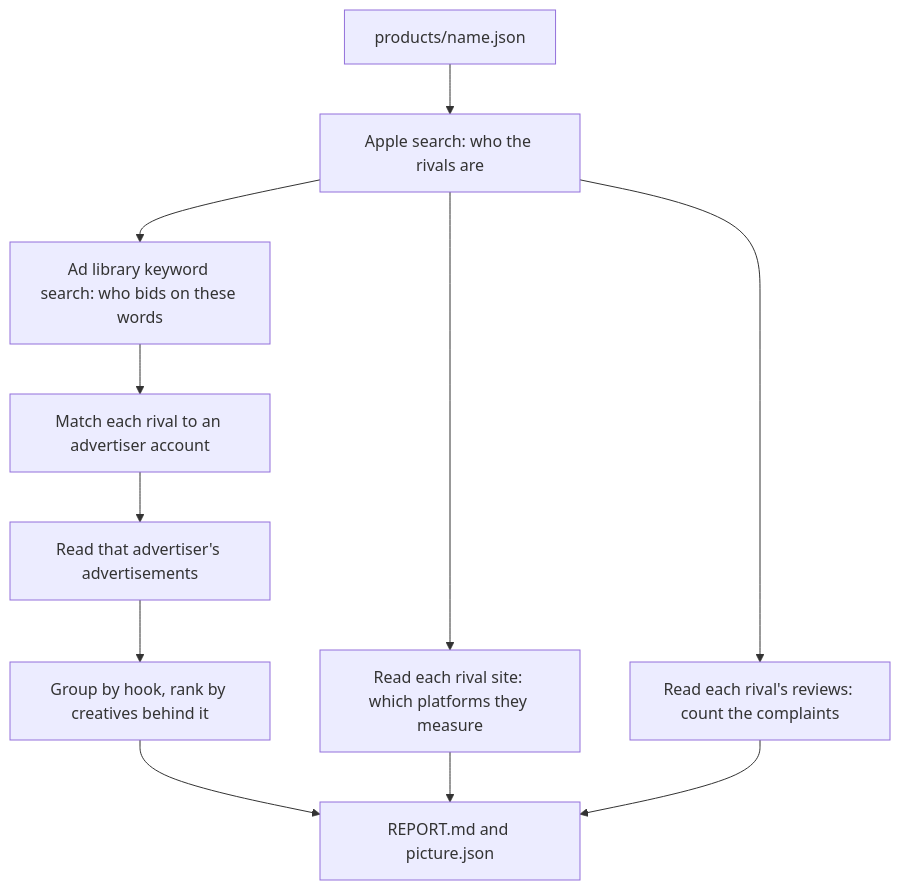
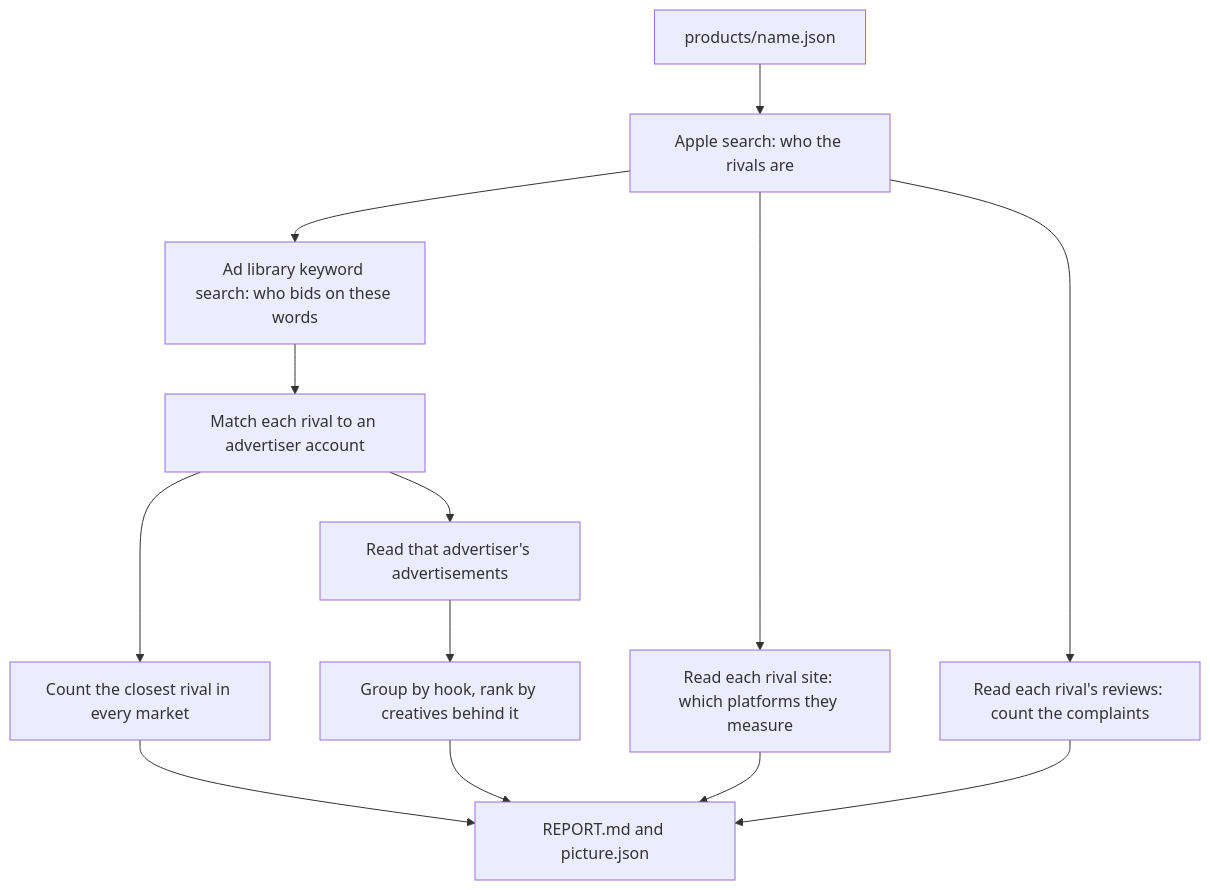
Before and after one commit to atlantic-blue/proofmark: the diagram in README.md, drawn with Mermaid. The commit also changed other lines of this file and 9 other files, not shown here.

Commit message:
feat: count the closest rival in every market, not one

````diff
--- a/README.md
+++ b/README.md
@@ -37,13 +41,15 @@
 ```mermaid
 flowchart TD
   P["products/name.json"] --> D["Apple search: who the rivals are"]
   D --> C["Ad library keyword search: who bids on these words"]
   C --> M["Match each rival to an advertiser account"]
   M --> A["Read that advertiser's advertisements"]
+  M --> S["Count the closest rival in every market"]
+  S --> R
   A --> H["Group by hook, rank by creatives behind it"]
   D --> W["Read each rival site: which platforms they measure"]
   D --> V["Read each rival's reviews: count the complaints"]
   H --> R["REPORT.md and picture.json"]
   W --> R
   V --> R
 ```
````
